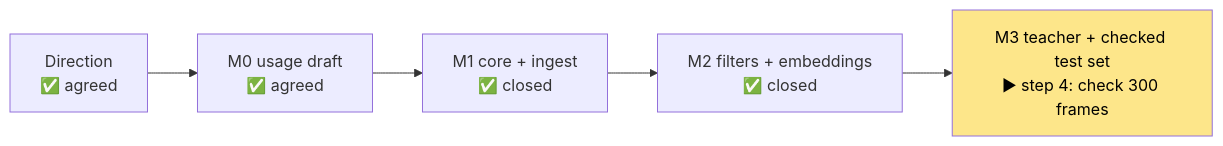
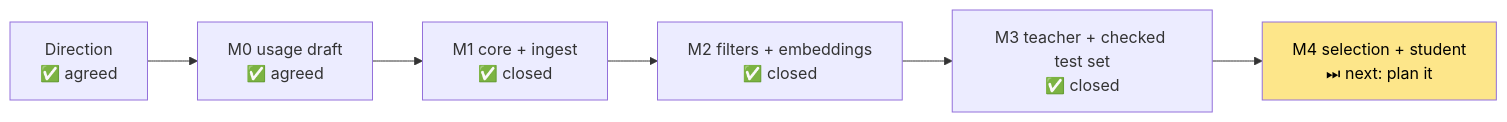
The diagram in dev/notes/state.md (cupcakes04/Rin), drawn with Mermaid before and after one commit. The commit also changed other lines of this file and 16 other files, not shown here.

````diff
--- a/dev/notes/state.md
+++ b/dev/notes/state.md
@@ -9,5 +9,5 @@
 ```mermaid
 flowchart LR
-    A["Direction<br/>✅ agreed"] --> D["M0 usage draft<br/>✅ agreed"] --> E["M1 core + ingest<br/>✅ closed"] --> F["M2 filters + embeddings<br/>✅ closed"] --> G["M3 teacher + checked test set<br/>▶ step 4: check 300 frames"]
-    style G fill:#fde68a,color:#000
+    A["Direction<br/>✅ agreed"] --> D["M0 usage draft<br/>✅ agreed"] --> E["M1 core + ingest<br/>✅ closed"] --> F["M2 filters + embeddings<br/>✅ closed"] --> G["M3 teacher + checked test set<br/>✅ closed"] --> H["M4 selection + student<br/>⏭ next: plan it"]
+    style H fill:#fde68a,color:#000
 ```
````
